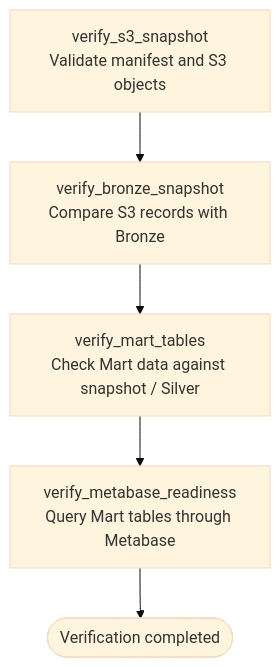
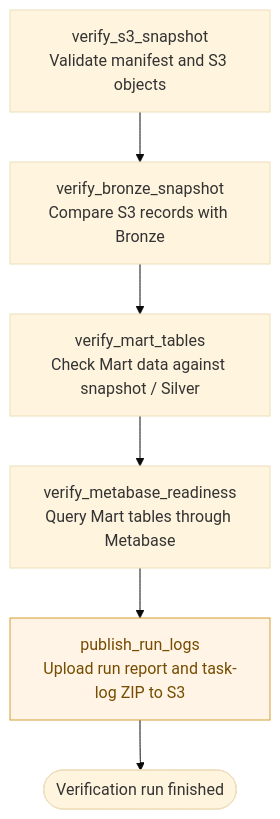
One commit to EduardOrEdward/ELTpipeline-commerce changed the seventh of 7 diagrams in README.md. Above: the diagram before and after it, drawn with Mermaid (base theme). The commit also changed other lines of this file, not shown here.

Commit message:
Document Airflow DAG flows and log publishing

````diff
--- a/README.md
+++ b/README.md
@@ -567,10 +575,14 @@
 ```mermaid
 flowchart TD
     A["verify_s3_snapshot<br/>Validate manifest and S3 objects"]
     B["verify_bronze_snapshot<br/>Compare S3 records with Bronze"]
     C["verify_mart_tables<br/>Check Mart data against snapshot / Silver"]
     D["verify_metabase_readiness<br/>Query Mart tables through Metabase"]
-    E(["Verification completed"])
+    E["publish_run_logs<br/>Upload run report and task-log ZIP to S3"]
+    F(["Verification run finished"])
 
-    A --> B --> C --> D --> E
+    A --> B --> C --> D --> E --> F
+
+    classDef logging fill:#fff4e5,stroke:#d69e36,color:#754c00
+    class E logging
 ```
````
